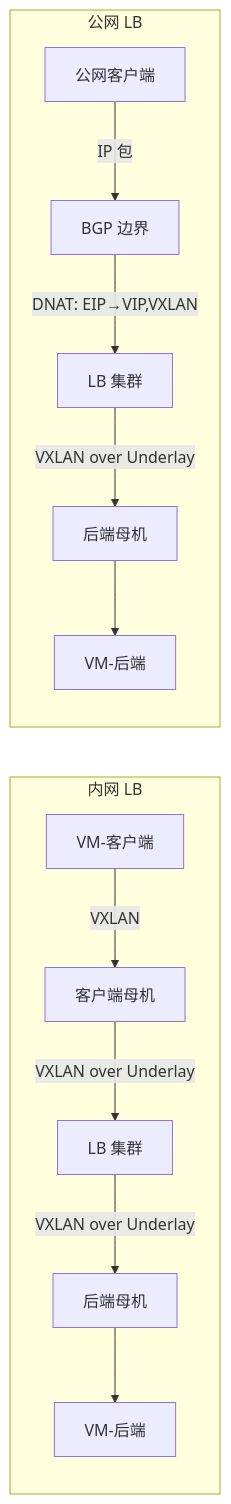
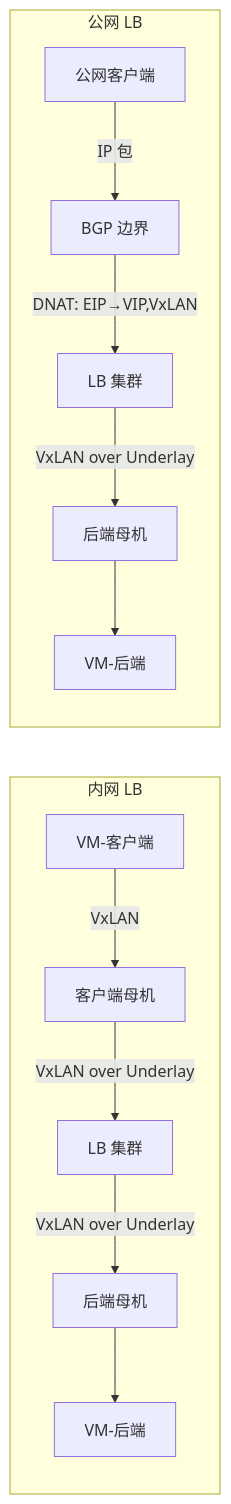
The third of 4 diagrams in docs/15.流量涌入一台撑不住负载均衡.md (caozhiyi/network-book), drawn with Mermaid before and after one commit. The commit also changed other lines of this file and 44 other files, not shown here.

Commit message:
optimize chapter content, add copyright/social links and schema overrides.

````diff
--- a/docs/15.流量涌入一台撑不住负载均衡.md
+++ b/docs/15.流量涌入一台撑不住负载均衡.md
@@ -252,16 +252,16 @@
 ```mermaid
 graph LR
     subgraph 内网 LB
-        VMc[VM-客户端] -->|VXLAN| HV1[客户端母机]
-        HV1 -->|VXLAN over Underlay| LB1[LB 集群]
-        LB1 -->|VXLAN over Underlay| HV2[后端母机]
+        VMc[VM-客户端] -->|VxLAN| HV1[客户端母机]
+        HV1 -->|VxLAN over Underlay| LB1[LB 集群]
+        LB1 -->|VxLAN over Underlay| HV2[后端母机]
         HV2 --> VMs[VM-后端]
     end
 
     subgraph 公网 LB
         C[公网客户端] -->|IP 包| BGP[BGP 边界]
-        BGP -->|DNAT: EIP→VIP,VXLAN| LB2[LB 集群]
-        LB2 -->|VXLAN over Underlay| HV3[后端母机]
+        BGP -->|DNAT: EIP→VIP,VxLAN| LB2[LB 集群]
+        LB2 -->|VxLAN over Underlay| HV3[后端母机]
         HV3 --> VMb[VM-后端]
     end
 ```
````
